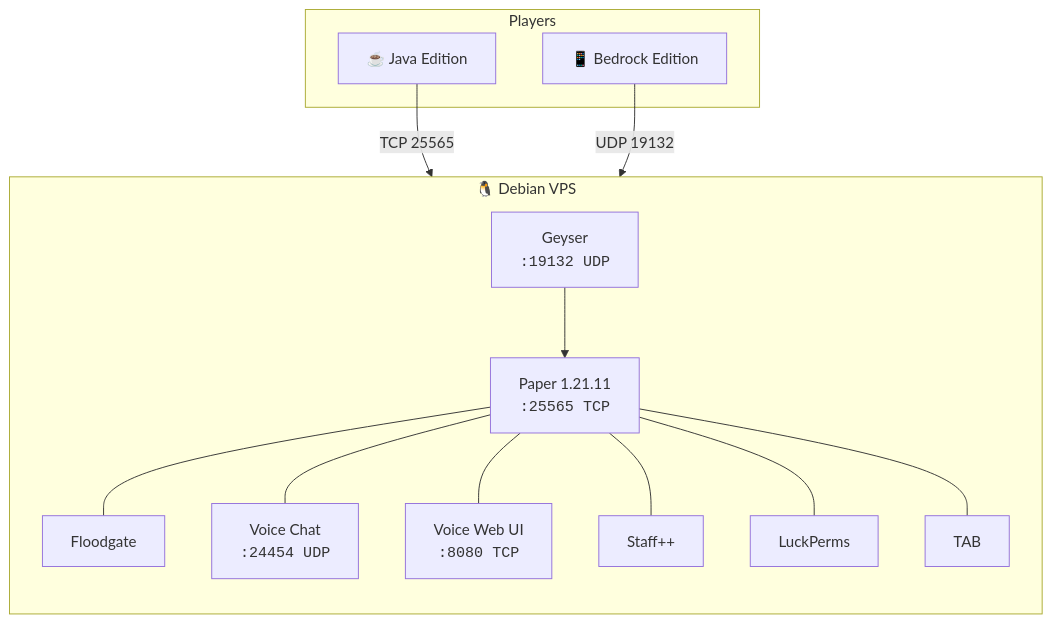
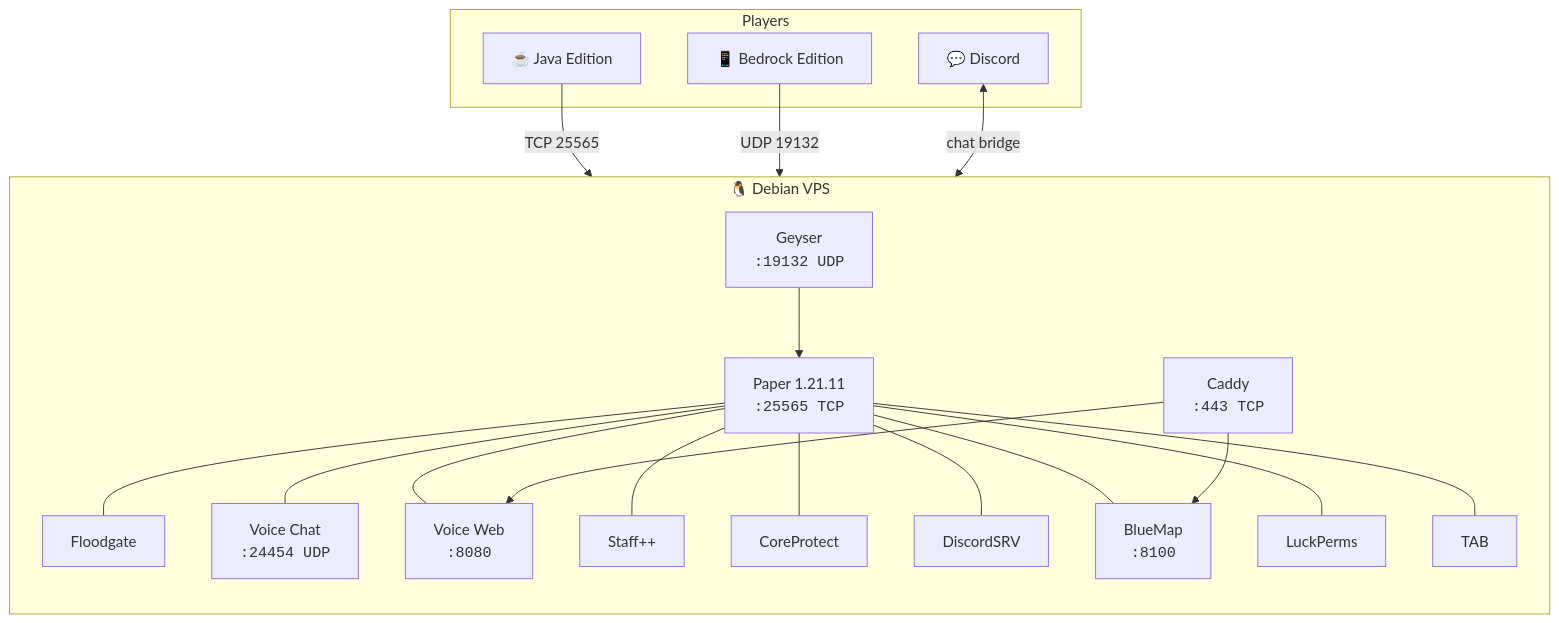
One commit to it-me2001/piscessmp changed the diagram in README.md. Above: the diagram before and after it, drawn with Mermaid. The commit also changed other lines of this file and 11 other files, not shown here.

First line of the commit message:
feat: add CoreProtect, DiscordSRV, BlueMap, and Caddy HTTPS proxy

````diff
--- a/README.md
+++ b/README.md
@@ -92,22 +95,30 @@
 ```mermaid
 flowchart TB
   subgraph Players
     J["☕ Java Edition"]
     B["📱 Bedrock Edition"]
+    D["💬 Discord"]
   end
 
   subgraph VPS["🐧 Debian VPS"]
     direction TB
     G["Geyser<br/><code>:19132 UDP</code>"]
     P["Paper 1.21.11<br/><code>:25565 TCP</code>"]
+    C["Caddy<br/><code>:443 TCP</code>"]
     P --- F["Floodgate"]
     P --- VC["Voice Chat<br/><code>:24454 UDP</code>"]
-    P --- SVG["Voice Web UI<br/><code>:8080 TCP</code>"]
+    P --- SVG["Voice Web<br/><code>:8080</code>"]
     P --- S["Staff++"]
+    P --- CP["CoreProtect"]
+    P --- DS["DiscordSRV"]
+    P --- BM["BlueMap<br/><code>:8100</code>"]
     P --- LP["LuckPerms"]
     P --- T["TAB"]
+    C --> SVG
+    C --> BM
   end
 
   J -->|"TCP 25565"| P
   B -->|"UDP 19132"| G --> P
+  D <-->|"chat bridge"| DS
 ```
````
